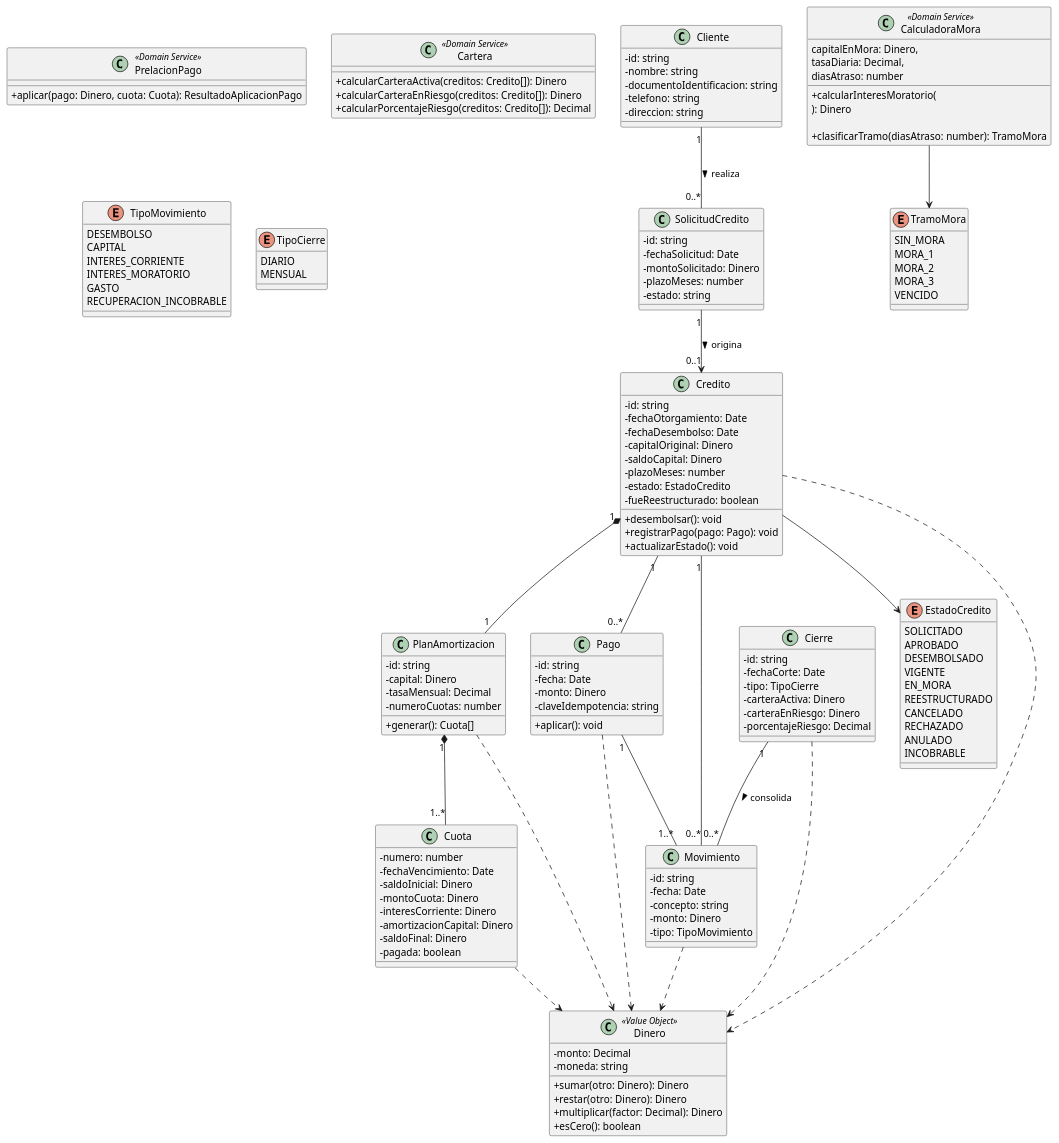
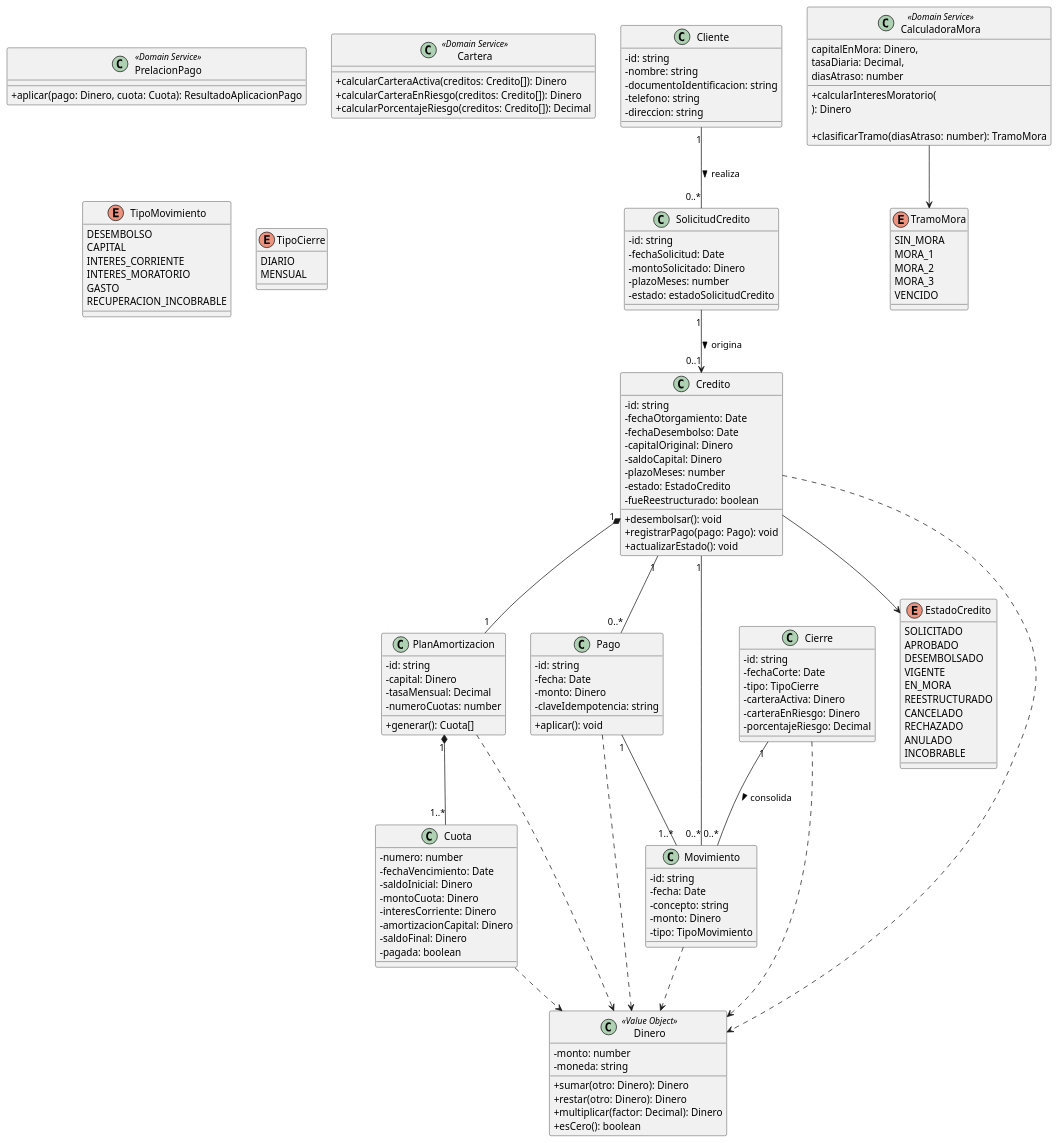
One commit to Willy4994/fintech-microcreditos-grupo01 changed the diagram in docs/diagramas/uml/clases-dominio.puml. Above: the diagram before and after it, drawn with PlantUML.

Commit message:
Se corrigieron atributos de clase credito y dinero

```diff
--- a/docs/diagramas/uml/clases-dominio.puml
+++ b/docs/diagramas/uml/clases-dominio.puml
@@ -1,165 +1,165 @@
 @startuml
 
 skinparam classAttributeIconSize 0
 
 class Cliente {
   - id: string
   - nombre: string
   - documentoIdentificacion: string
   - telefono: string
   - direccion: string
 }
 
 class SolicitudCredito {
   - id: string
   - fechaSolicitud: Date
   - montoSolicitado: Dinero
   - plazoMeses: number
-  - estado: string
+  - estado: estadoSolicitudCredito
 }
 
 class Credito {
   - id: string
   - fechaOtorgamiento: Date
   - fechaDesembolso: Date
   - capitalOriginal: Dinero
   - saldoCapital: Dinero
   - plazoMeses: number
   - estado: EstadoCredito
   - fueReestructurado: boolean
 
   + desembolsar(): void
   + registrarPago(pago: Pago): void
   + actualizarEstado(): void
 }
 
 class PlanAmortizacion {
   - id: string
   - capital: Dinero
   - tasaMensual: Decimal
   - numeroCuotas: number
 
   + generar(): Cuota[]
 }
 
 class Cuota {
   - numero: number
   - fechaVencimiento: Date
   - saldoInicial: Dinero
   - montoCuota: Dinero
   - interesCorriente: Dinero
   - amortizacionCapital: Dinero
   - saldoFinal: Dinero
   - pagada: boolean
 }
 
 class Pago {
   - id: string
   - fecha: Date
   - monto: Dinero
   - claveIdempotencia: string
 
   + aplicar(): void
 }
 
 class Movimiento {
   - id: string
   - fecha: Date
   - concepto: string
   - monto: Dinero
   - tipo: TipoMovimiento
 }
 
 class Cierre {
   - id: string
   - fechaCorte: Date
   - tipo: TipoCierre
   - carteraActiva: Dinero
   - carteraEnRiesgo: Dinero
   - porcentajeRiesgo: Decimal
 }
 
 class Dinero <<Value Object>> {
-  - monto: Decimal
+  - monto: number
   - moneda: string
 
   + sumar(otro: Dinero): Dinero
   + restar(otro: Dinero): Dinero
   + multiplicar(factor: Decimal): Dinero
   + esCero(): boolean
 }
 
 class CalculadoraMora <<Domain Service>> {
   + calcularInteresMoratorio(
       capitalEnMora: Dinero,
       tasaDiaria: Decimal,
       diasAtraso: number
     ): Dinero
 
   + clasificarTramo(diasAtraso: number): TramoMora
 }
 
 class PrelacionPago <<Domain Service>> {
   + aplicar(pago: Dinero, cuota: Cuota): ResultadoAplicacionPago
 }
 
 class Cartera <<Domain Service>> {
   + calcularCarteraActiva(creditos: Credito[]): Dinero
   + calcularCarteraEnRiesgo(creditos: Credito[]): Dinero
   + calcularPorcentajeRiesgo(creditos: Credito[]): Decimal
 }
 
 enum EstadoCredito {
   SOLICITADO
   APROBADO
   DESEMBOLSADO
   VIGENTE
   EN_MORA
   REESTRUCTURADO
   CANCELADO
   RECHAZADO
   ANULADO
   INCOBRABLE
 }
 
 enum TramoMora {
   SIN_MORA
   MORA_1
   MORA_2
   MORA_3
   VENCIDO
 }
 
 enum TipoMovimiento {
   DESEMBOLSO
   CAPITAL
   INTERES_CORRIENTE
   INTERES_MORATORIO
   GASTO
   RECUPERACION_INCOBRABLE
 }
 
 enum TipoCierre {
   DIARIO
   MENSUAL
 }
 
 Cliente "1" -- "0..*" SolicitudCredito : realiza >
 SolicitudCredito "1" --> "0..1" Credito : origina >
 Credito "1" *-- "1" PlanAmortizacion
 PlanAmortizacion "1" *-- "1..*" Cuota
 Credito "1" -- "0..*" Pago
 Pago "1" -- "1..*" Movimiento
 Credito "1" -- "0..*" Movimiento
 Cierre "1" -- "0..*" Movimiento : consolida >
 Credito --> EstadoCredito
 CalculadoraMora --> TramoMora
 
 PlanAmortizacion ..> Dinero
 Credito ..> Dinero
 Cuota ..> Dinero
 Pago ..> Dinero
 Movimiento ..> Dinero
 Cierre ..> Dinero
 
 @enduml
```
